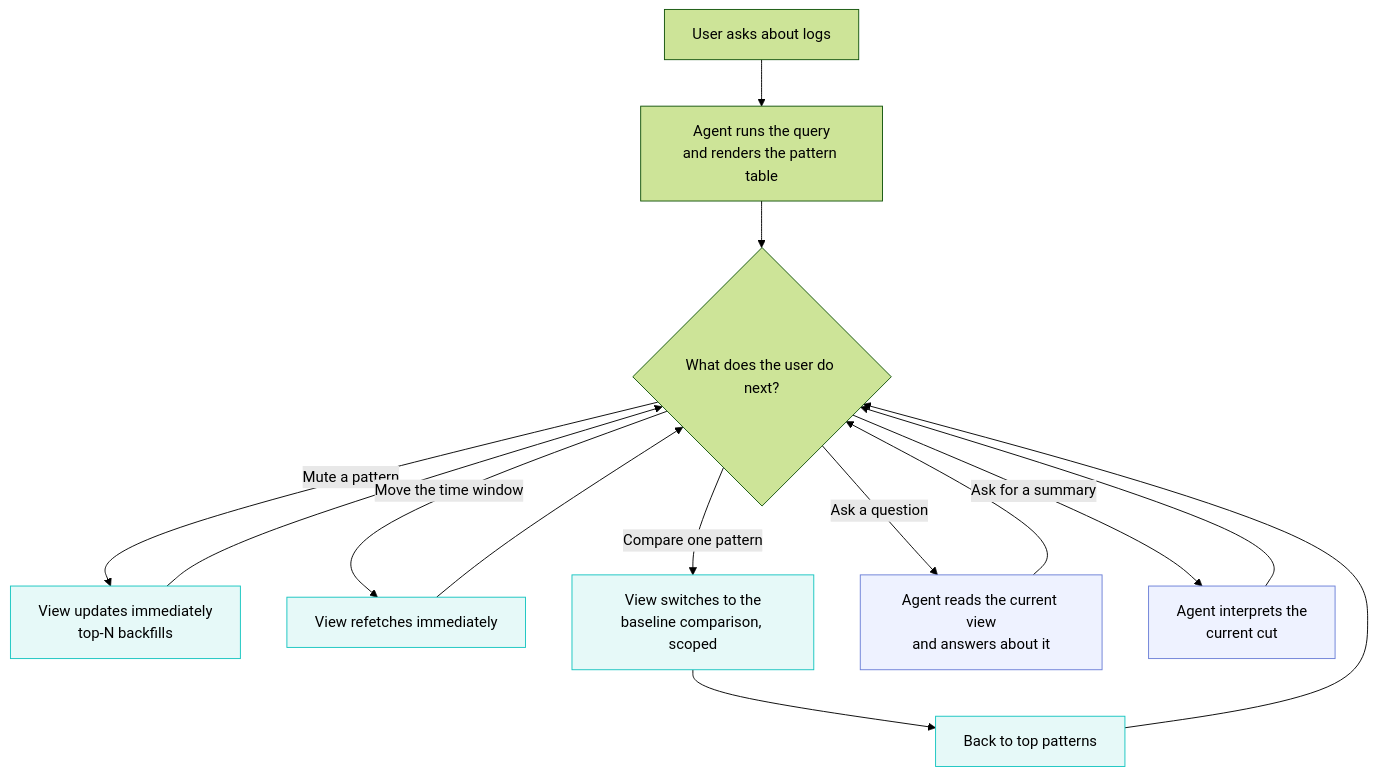
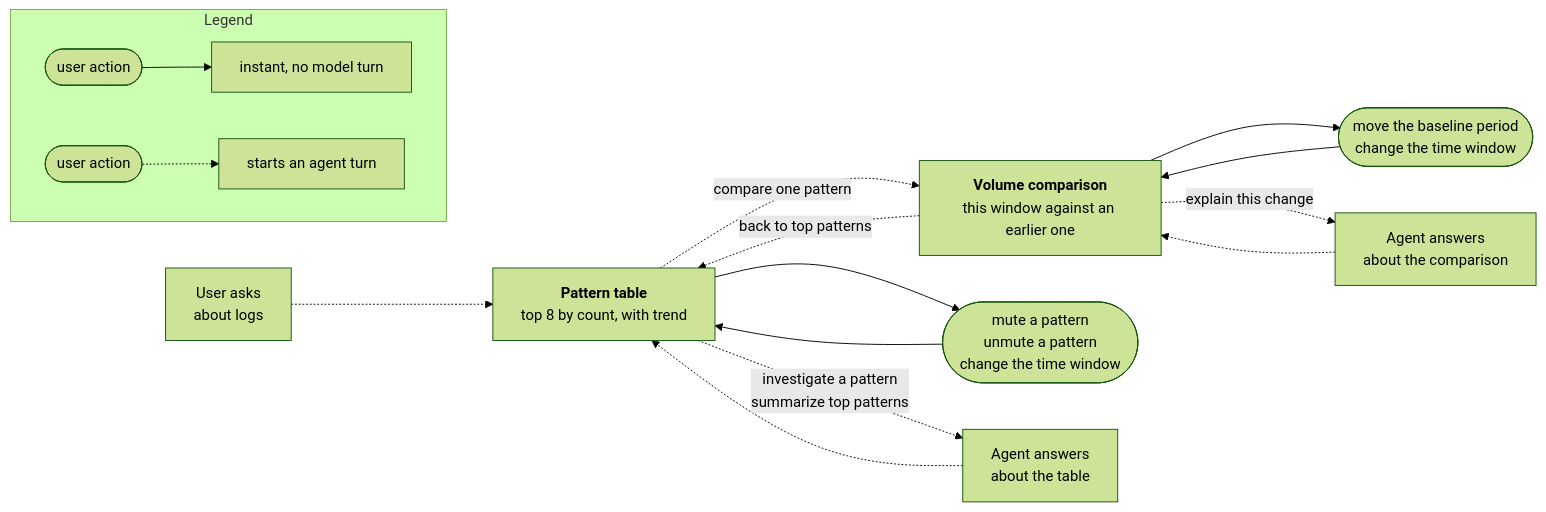
Before and after one commit to weltenwort/kibana: the first of 2 diagrams in __tmp__/6059-comment-1-journey.md, drawn with Mermaid (forest theme). The commit also changed other lines of this file and 1 other file, not shown here.

Commit message:
feat: complete draft for Comment 1 with detailed walkthrough and diagrams

````diff
--- a/__tmp__/6059-comment-1-journey.md
+++ b/__tmp__/6059-comment-1-journey.md
@@ -66,21 +146,31 @@
 ```mermaid
-flowchart TD
-    A["User asks about logs"] --> B["Agent runs the query<br/>and renders the pattern table"]
-    B --> C{"What does the user do next?"}
-    C -->|"Mute a pattern"| D["View updates immediately<br/>top-N backfills"]
-    C -->|"Move the time window"| E["View refetches immediately"]
-    C -->|"Compare one pattern"| F["View switches to the<br/>baseline comparison, scoped"]
-    C -->|"Ask a question"| G["Agent reads the current view<br/>and answers about it"]
-    C -->|"Ask for a summary"| H["Agent interprets the<br/>current cut"]
-    D --> C
-    E --> C
-    F --> I["Back to top patterns"]
-    I --> C
-    G --> C
-    H --> C
+flowchart LR
+    ASK["User asks<br/>about logs"]
+    TABLE["<b>Pattern table</b><br/>top 8 by count, with trend"]
+    COMPARE["<b>Volume comparison</b><br/>this window against an earlier one"]
+    TINST(["mute a pattern<br/>unmute a pattern<br/>change the time window"])
+    CINST(["move the baseline period<br/>change the time window"])
+    TANS["Agent answers<br/>about the table"]
+    CANS["Agent answers<br/>about the comparison"]
 
-    classDef instant fill:#e6f9f8,stroke:#16C5C0
-    classDef turn fill:#eef2ff,stroke:#6b7fd7
-    class D,E,F,I instant
-    class G,H turn
+    ASK -.-> TABLE
+
+    TABLE --> TINST
+    TINST --> TABLE
+    COMPARE --> CINST
+    CINST --> COMPARE
+
+    TABLE -.->|"compare one pattern"| COMPARE
+    COMPARE -.->|"back to top patterns"| TABLE
+
+    TABLE -.->|"investigate a pattern<br/>summarize top patterns"| TANS
+    TANS -.-> TABLE
+    COMPARE -.->|"explain this change"| CANS
+    CANS -.-> COMPARE
+
+    subgraph LEGEND["Legend"]
+        direction LR
+        L1(["user action"]) --> L2["instant, no model turn"]
+        L3(["user action"]) -.-> L4["starts an agent turn"]
+    end
 ```
````
